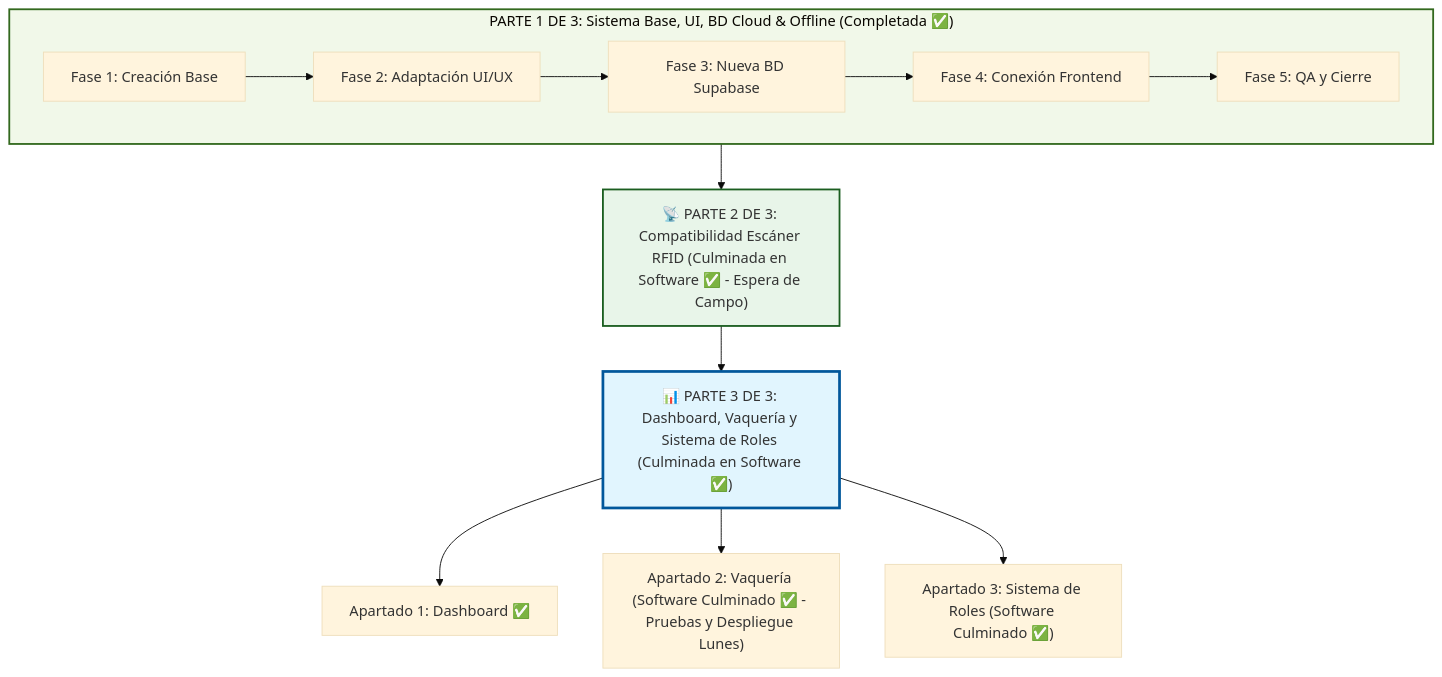
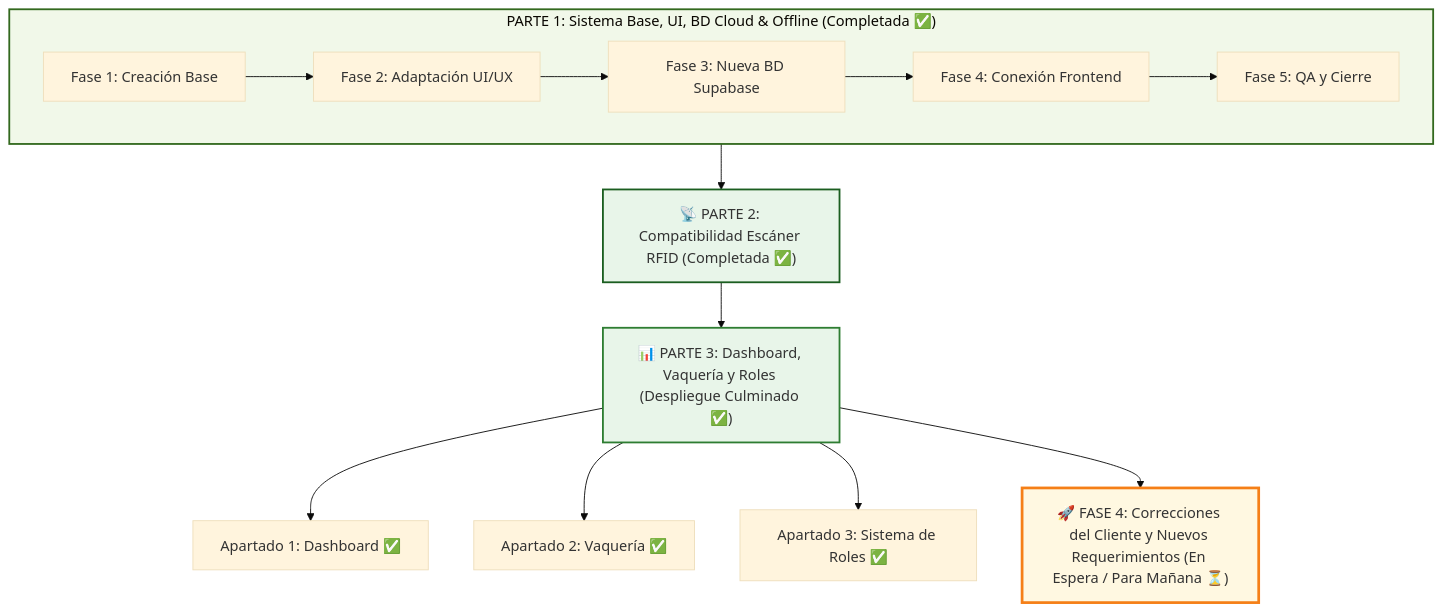
Before and after one commit to JorgeM11/Gesti-n_Ganadera: the diagram in planificacion.md, drawn with Mermaid (base theme). The commit also changed other lines of this file, not shown here.

Commit message:
docs(plan): registrar culminacion del despliegue y estado de espera para correcciones del cliente y Fase 4

````diff
--- a/planificacion.md
+++ b/planificacion.md
@@ -18,19 +18,22 @@
 ```mermaid
 flowchart TD
-    subgraph P1["PARTE 1 DE 3: Sistema Base, UI, BD Cloud & Offline (Completada ✅)"]
+    subgraph P1["PARTE 1: Sistema Base, UI, BD Cloud & Offline (Completada ✅)"]
         F1["Fase 1: Creación Base"] --> F2["Fase 2: Adaptación UI/UX"]
         F2 --> F3["Fase 3: Nueva BD Supabase"]
         F3 --> F4["Fase 4: Conexión Frontend"]
         F4 --> F5["Fase 5: QA y Cierre"]
     end
 
-    P1 --> P2["📡 PARTE 2 DE 3: Compatibilidad Escáner RFID (Culminada en Software ✅ - Espera de Campo)"]
-    P2 --> P3["📊 PARTE 3 DE 3: Dashboard, Vaquería y Sistema de Roles (Culminada en Software ✅)"]
+    P1 --> P2["📡 PARTE 2: Compatibilidad Escáner RFID (Completada ✅)"]
+    P2 --> P3["📊 PARTE 3: Dashboard, Vaquería y Roles (Despliegue Culminado ✅)"]
     P3 --> P3_1["Apartado 1: Dashboard ✅"]
-    P3 --> P3_2["Apartado 2: Vaquería (Software Culminado ✅ - Pruebas y Despliegue Lunes)"]
-    P3 --> P3_3["Apartado 3: Sistema de Roles (Software Culminado ✅)"]
+    P3 --> P3_2["Apartado 2: Vaquería ✅"]
+    P3 --> P3_3["Apartado 3: Sistema de Roles ✅"]
+
+    P3 --> P4["🚀 FASE 4: Correcciones del Cliente y Nuevos Requerimientos (En Espera / Para Mañana ⏳)"]
 
     style P1 fill:#f1f8e9,stroke:#33691e,stroke-width:2px
     style P2 fill:#e8f5e9,stroke:#1b5e20,stroke-width:2px
-    style P3 fill:#e1f5fe,stroke:#01579b,stroke-width:3px
+    style P3 fill:#e8f5e9,stroke:#2e7d32,stroke-width:2px
+    style P4 fill:#fff8e1,stroke:#f57f17,stroke-width:3px
 ```
````
